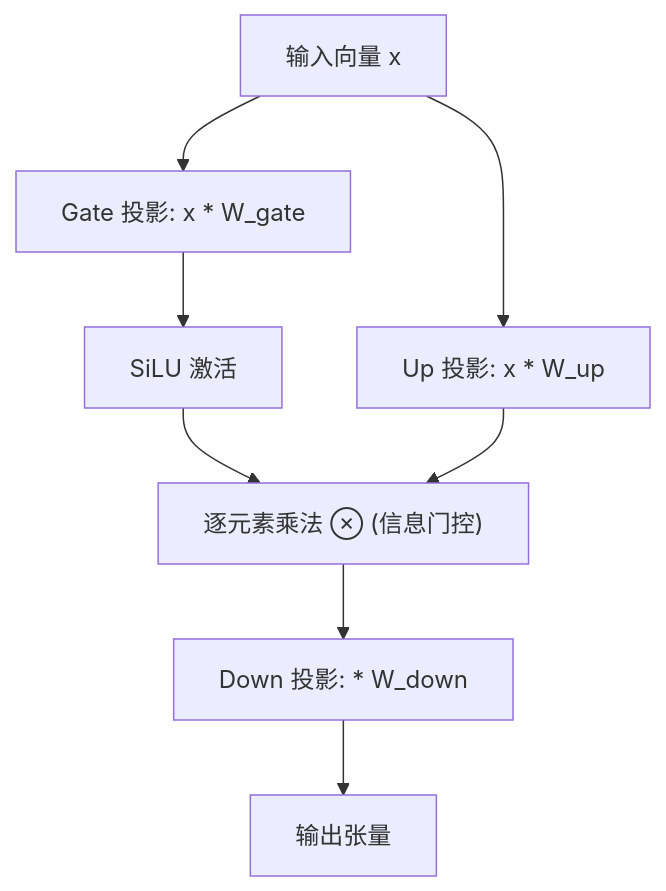
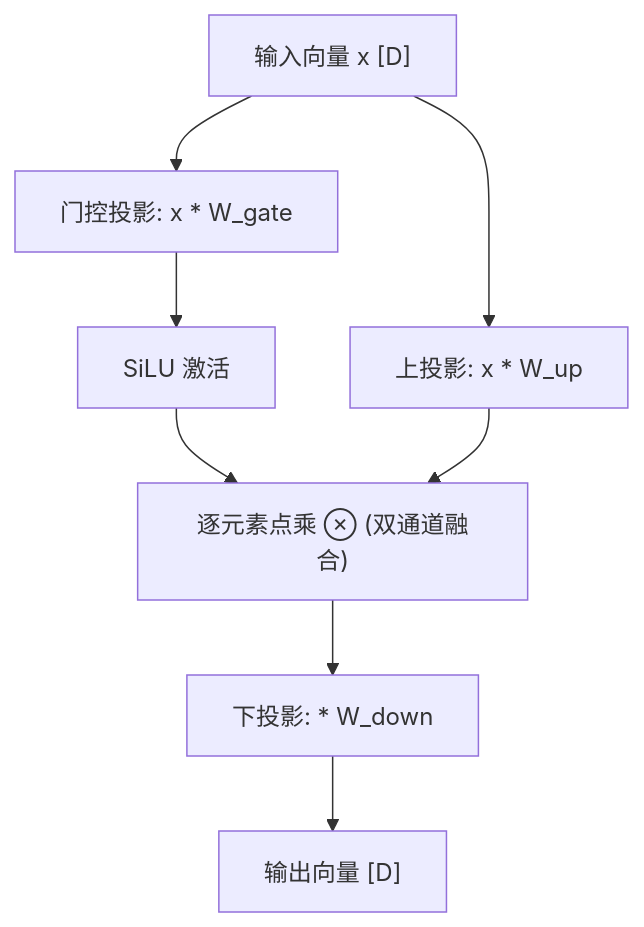
One commit to hqu-little-boy/blog changed the fifth of 5 diagrams in src/content/posts/dl-operators-03-activation-functions-guide.md. Above: the diagram before and after it, drawn with Mermaid. The commit also changed other lines of this file and 11 other files, not shown here.

````diff
--- a/src/content/posts/dl-operators-03-activation-functions-guide.md
+++ b/src/content/posts/dl-operators-03-activation-functions-guide.md
@@ -333,18 +311,18 @@
 ```mermaid
 graph TD
-    Input["输入向量 x"]
-    W_gate["Gate 投影: x * W_gate"]
-    W_up["Up 投影: x * W_up"]
+    InputToken["输入向量 x [D]"]
+    W_gate["门控投影: x * W_gate"]
+    W_up["上投影: x * W_up"]
     SiLU["SiLU 激活"]
-    Mul["逐元素乘法 ⊗ (信息门控)"]
-    W_down["Down 投影: * W_down"]
-    Output["输出张量"]
+    Mul["逐元素点乘 ⊗ (双通道融合)"]
+    W_down["下投影: * W_down"]
+    FinalOut["输出向量 [D]"]
 
-    Input --> W_gate
-    Input --> W_up
+    InputToken --> W_gate
+    InputToken --> W_up
     W_gate --> SiLU
     SiLU --> Mul
     W_up --> Mul
     Mul --> W_down
-    W_down --> Output
+    W_down --> FinalOut
 ```
````
